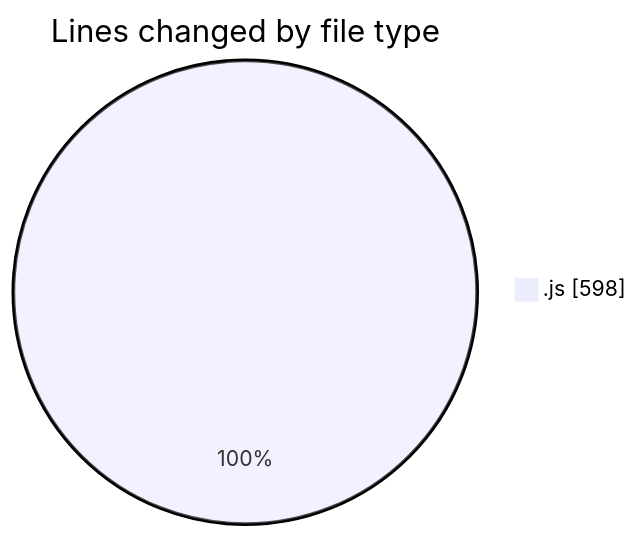
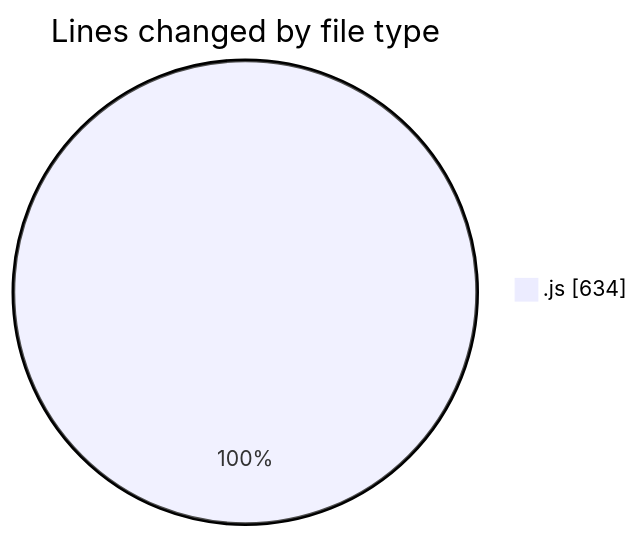
The first of 2 diagrams in 2025-01-01/downloads/README.md (3Nya3/code-tracking), drawn with Mermaid before and after one commit. The commit also changed other lines of this file and 1 other file, not shown here.

````diff
--- a/2025-01-01/downloads/README.md
+++ b/2025-01-01/downloads/README.md
@@ -20,5 +20,5 @@
 ```mermaid
 pie showData
 title Lines changed by file type
-".js" : 598
+".js" : 634
 ```
````
